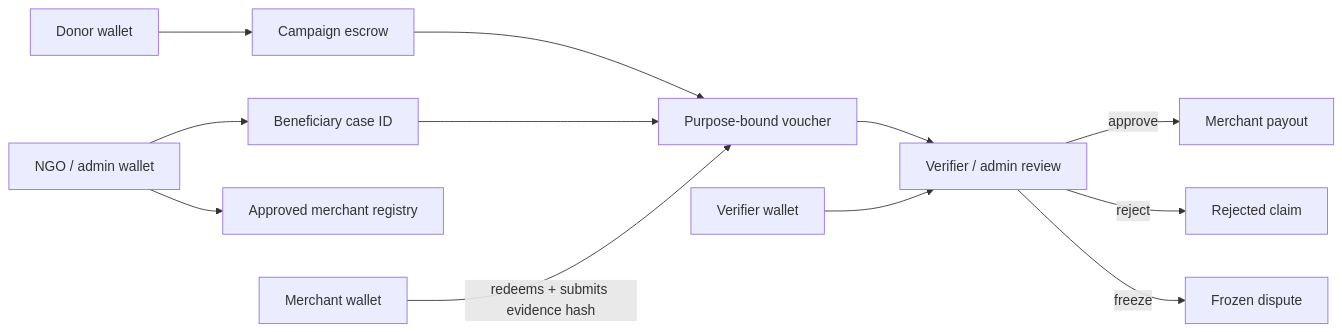
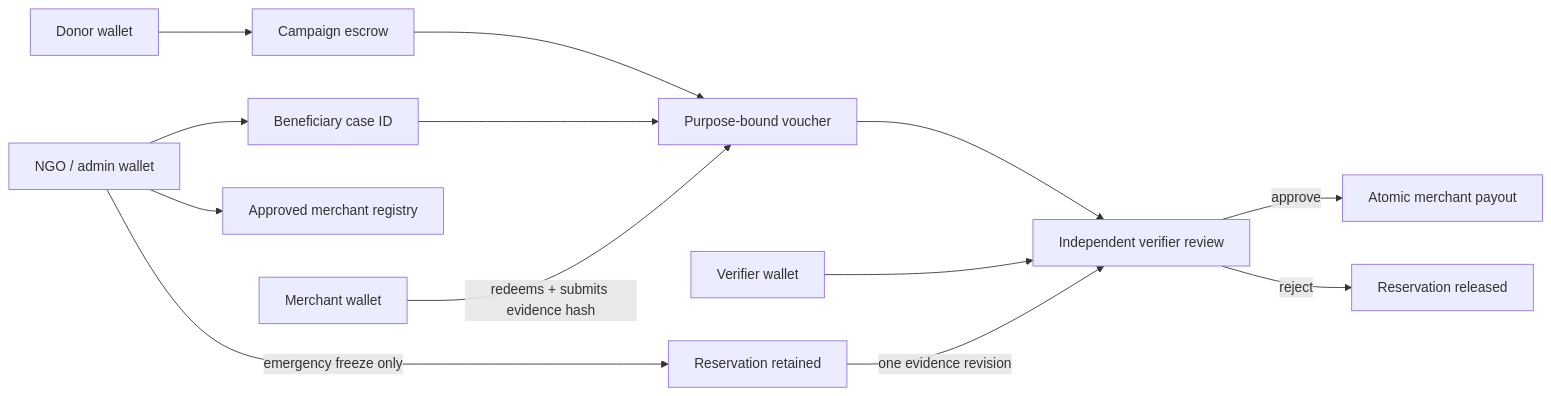
Before and after one commit to pablo-pica/aether: the diagram in docs/ARCHITECTURE.md, drawn with Mermaid. The commit also changed other lines of this file and 5 other files, not shown here.

````diff
--- a/docs/ARCHITECTURE.md
+++ b/docs/ARCHITECTURE.md
@@ -13,14 +13,15 @@
 ```mermaid
 flowchart LR
     Donor[Donor wallet] --> Campaign[Campaign escrow]
     Admin[NGO / admin wallet] --> Case[Beneficiary case ID]
     Admin --> Registry[Approved merchant registry]
     Campaign --> Voucher[Purpose-bound voucher]
     Case --> Voucher
     Merchant[Merchant wallet] -->|redeems + submits evidence hash| Voucher
-    Voucher --> Review[Verifier / admin review]
+    Voucher --> Review[Independent verifier review]
     Verifier[Verifier wallet] --> Review
-    Review -->|approve| Payout[Merchant payout]
-    Review -->|reject| Rejected[Rejected claim]
-    Review -->|freeze| Dispute[Frozen dispute]
+    Admin -->|emergency freeze only| Dispute[Reservation retained]
+    Review -->|approve| Payout[Atomic merchant payout]
+    Review -->|reject| Rejected[Reservation released]
+    Dispute -->|one evidence revision| Review
 ```
````
